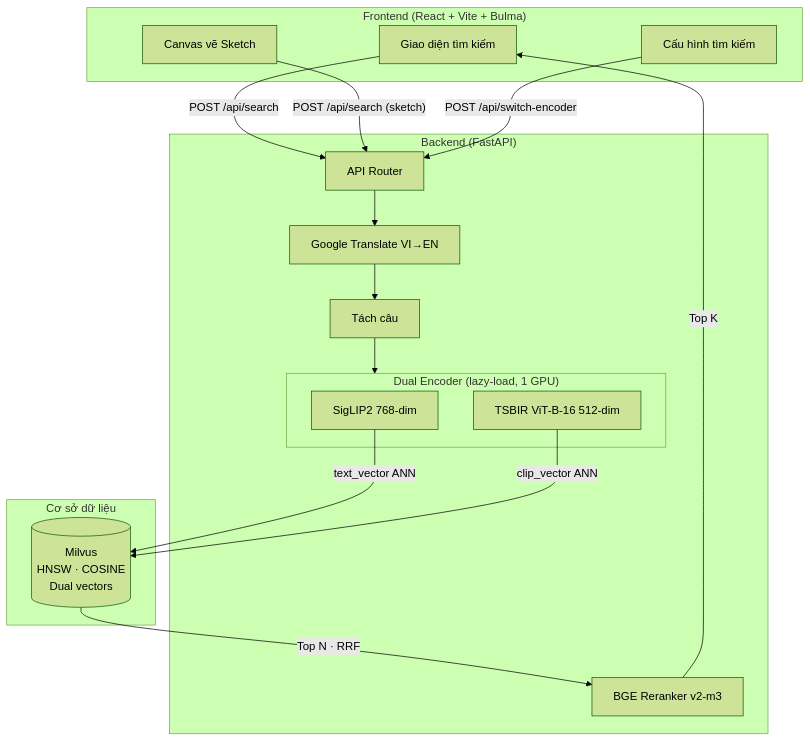
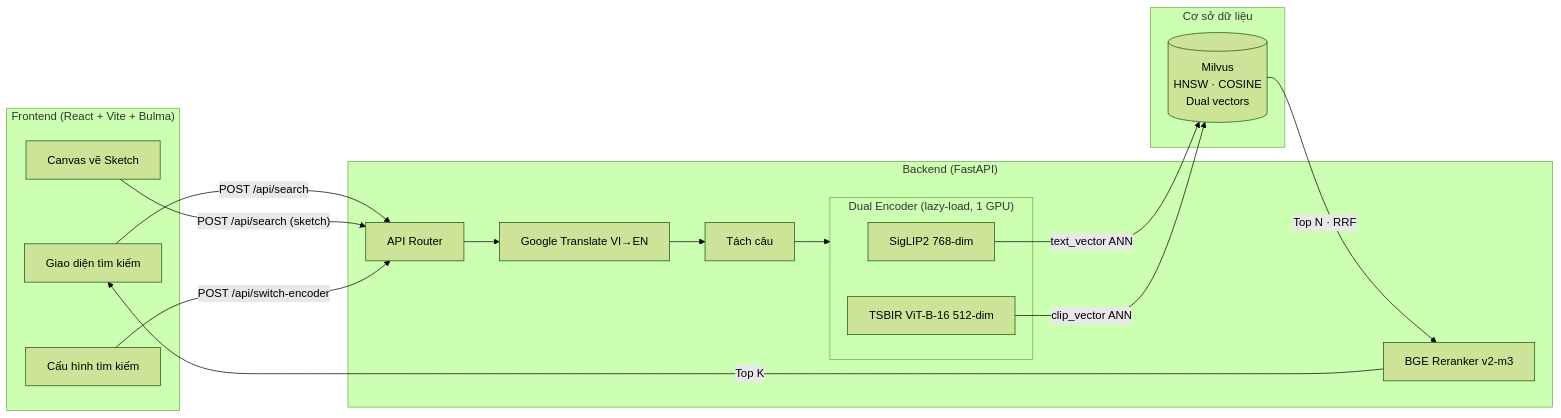
One commit to danganhdat/multimodal-rag changed the first of 4 diagrams in docs/architecture-detail.md. Above: the diagram before and after it, drawn with Mermaid (forest theme). The commit also changed other lines of this file and 147 other files, not shown here.

````diff
--- a/docs/architecture-detail.md
+++ b/docs/architecture-detail.md
@@ -17,31 +17,31 @@
 ```mermaid
-graph TB
+graph LR
     subgraph Frontend["Frontend (React + Vite + Bulma)"]
         UI["Giao diện tìm kiếm"]
         Sketch["Canvas vẽ Sketch"]
         Config["Cấu hình tìm kiếm"]
     end
     subgraph Backend["Backend (FastAPI)"]
         Router["API Router"]
         Translator["Google Translate VI→EN"]
         Splitter["Tách câu"]
         subgraph Encoders["Dual Encoder (lazy-load, 1 GPU)"]
             SigLIP2["SigLIP2 768-dim"]
             TSBIR["TSBIR ViT-B-16 512-dim"]
         end
         Reranker["BGE Reranker v2-m3"]
     end
     subgraph Storage["Cơ sở dữ liệu"]
         Milvus[("Milvus\nHNSW · COSINE\nDual vectors")]
     end
     UI -->|"POST /api/search"| Router
     Sketch -->|"POST /api/search (sketch)"| Router
     Config -->|"POST /api/switch-encoder"| Router
     Router --> Translator
     Translator --> Splitter
     Splitter --> Encoders
     SigLIP2 -->|"text_vector ANN"| Milvus
     TSBIR -->|"clip_vector ANN"| Milvus
     Milvus -->|"Top N · RRF"| Reranker
     Reranker -->|"Top K"| UI
 ```
````
